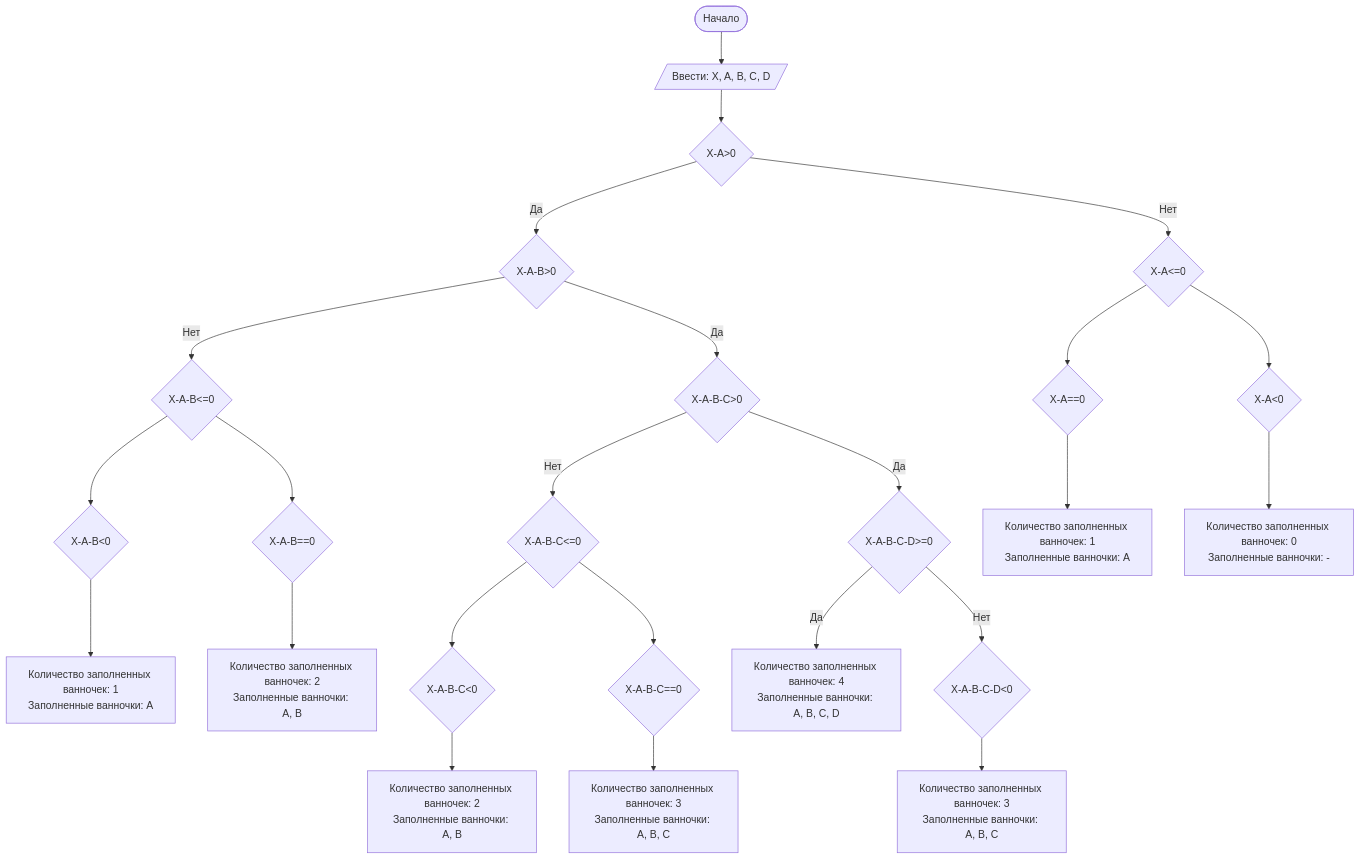
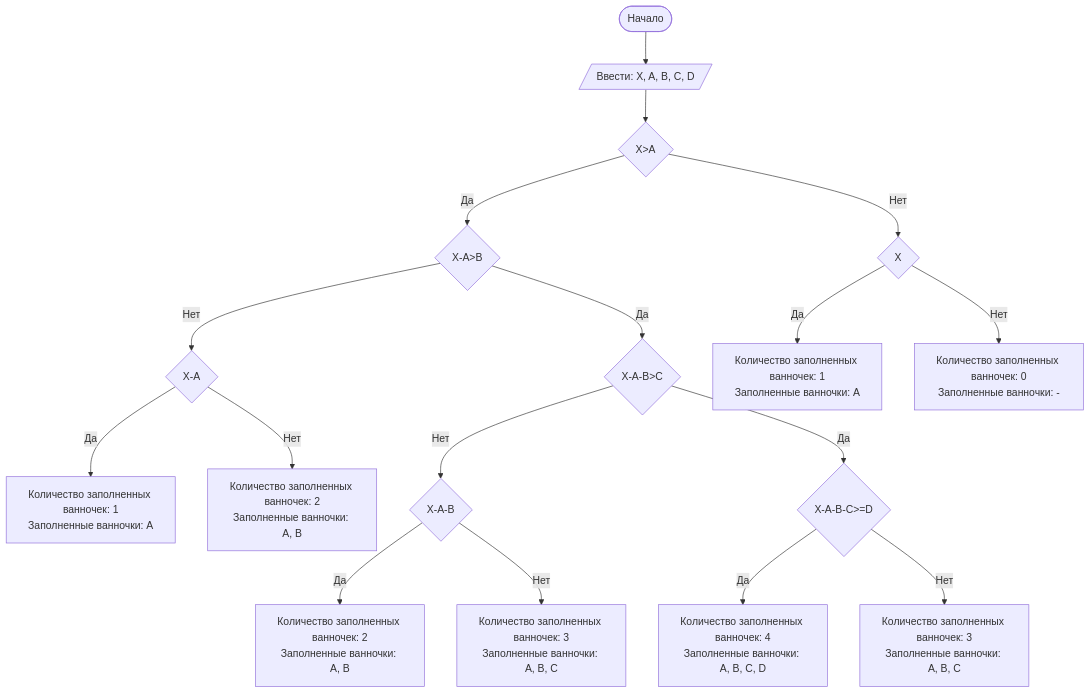
Before and after one commit to DenisMalyshev53/Lab1: the diagram in README.md, drawn with Mermaid. The commit also changed other lines of this file, not shown here.

````diff
--- a/README.md
+++ b/README.md
@@ -78,35 +78,28 @@
 ```mermaid
 graph TD
     A([Начало]) --> B[/Ввести: X, A, B, C, D/]
-    B --> C{X-A>0}
-    C -- Да --> D{X-A-B>0}
-    D -- Нет --> Q{X-A-B<=0}
-    Q --> T{X-A-B<0}
-    T --> J[Количество заполненных ванночек: 1
+    B --> C{X>A}
+    C -- Да --> D{X-A>B}
+    D -- Нет --> Q{X-A<B}
+    Q -- Да --> T[Количество заполненных ванночек: 1
 Заполненные ванночки: A]
-    Q --> Z{X-A-B==0}
-    Z --> X[Количество заполненных ванночек: 2
+    Q -- Нет --> Z[Количество заполненных ванночек: 2
 Заполненные ванночки: A, B]
-    D -- Да --> E{X-A-B-C>0}
-    E -- Нет --> L{X-A-B-C<=0}
-    L --> K{X-A-B-C<0}
-    K --> V[Количество заполненных ванночек: 2
+    D -- Да --> E{X-A-B>C}
+    E -- Нет --> L{X-A-B<C}
+    L -- Да --> K[Количество заполненных ванночек: 2
 Заполненные ванночки: A, B]
-    L --> q{X-A-B-C==0}
-    q --> w[Количество заполненных ванночек: 3
+    L -- Нет --> q[Количество заполненных ванночек: 3
 Заполненные ванночки: A, B, C]
-    E -- Да --> H{X-A-B-C-D>=0}
+    E -- Да --> H{X-A-B-C>=D}
     H -- Да --> r[Количество заполненных ванночек: 4
 Заполненные ванночки: A, B, C, D]
-    H -- Нет -->t{X-A-B-C-D<0}
-    t --> y[Количество заполненных ванночек: 3
+    H -- Нет -->t[Количество заполненных ванночек: 3
 Заполненные ванночки: A, B, C]
-    C -- Нет --> P{X-A<=0}
-    P --> O{X-A==0}
-    O --> M[Количество заполненных ванночек: 1
+    C -- Нет --> P{X<A}
+    P -- Да --> O[Количество заполненных ванночек: 1
 Заполненные ванночки: A]
-    P --> G{X-A<0}
-    G --> S[Количество заполненных ванночек: 0
+    P -- Нет --> G[Количество заполненных ванночек: 0
 Заполненные ванночки: -]
     
 ```
````
